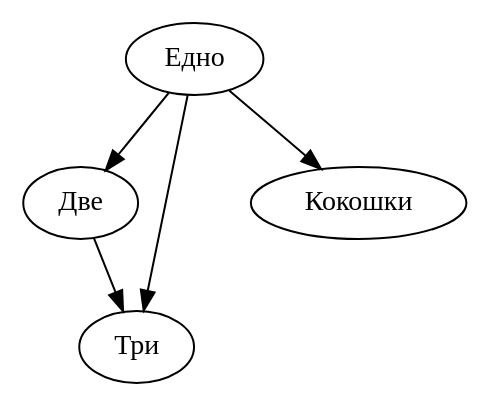
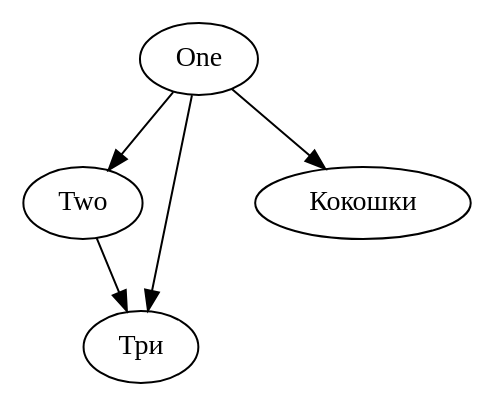
Before and after one commit to atanasormanow/uni-plan-editor: the diagram in server/graph/graph_example.dot, drawn with Graphviz. The commit also changed 5 other files, not shown here.

```diff
--- a/server/graph/graph_example.dot
+++ b/server/graph/graph_example.dot
@@ -1,9 +1,9 @@
 digraph {
-  a [label="Едно"]
-  b [label="Две"]
+  a [label="One"]
+  b [label="Two"]
   c [label="Три"]
   d [label="Кокошки"]
 
   a -> {b, c, d}
   b -> c
 }
```
